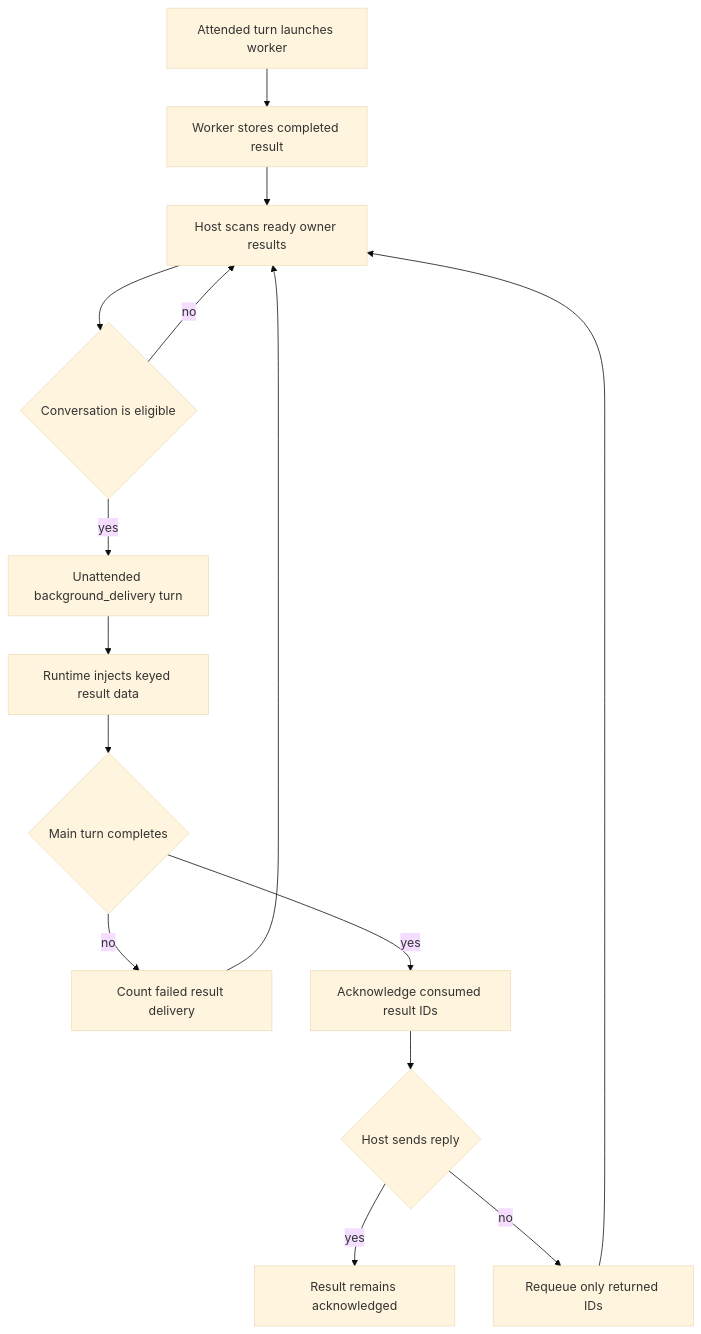
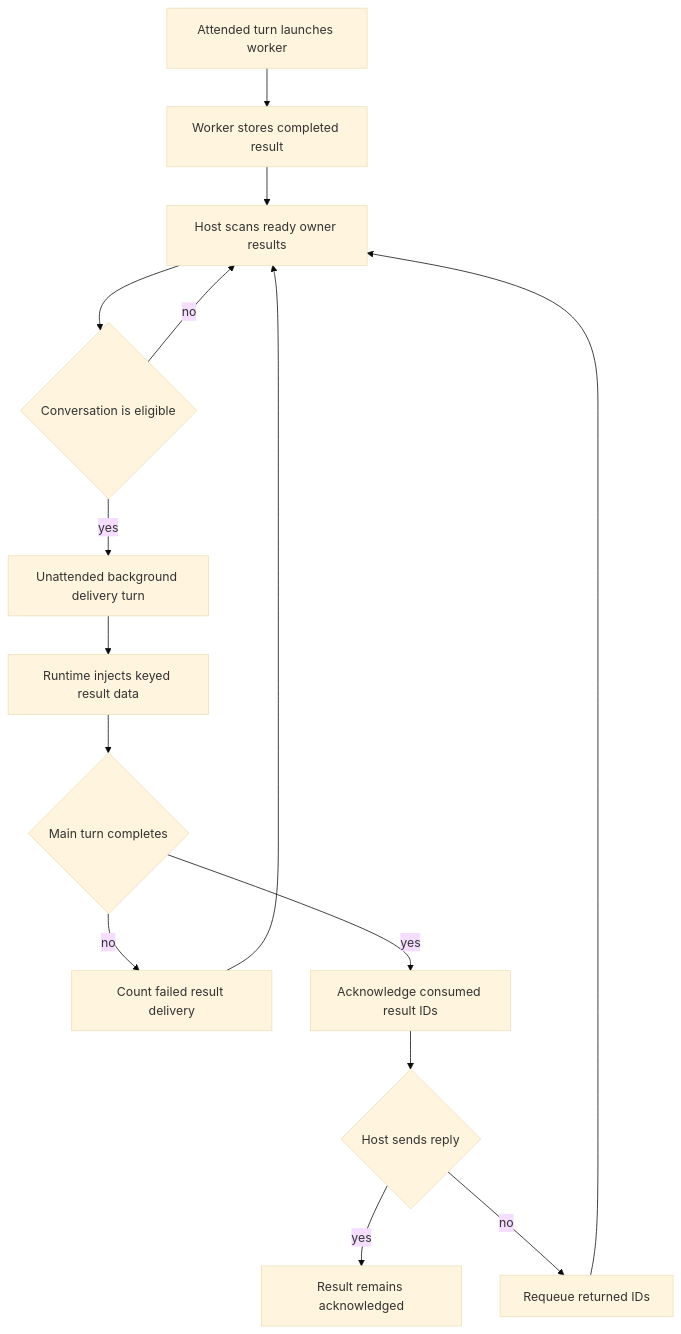
One commit to langchain-ai/deepagents changed the second of 2 diagrams in openwiki/concepts/talon-scheduling.md. Above: the diagram before and after it, drawn with Mermaid (base theme). The commit also changed other lines of this file and 46 other files, not shown here.

````diff
--- a/openwiki/concepts/talon-scheduling.md
+++ b/openwiki/concepts/talon-scheduling.md
@@ -95,17 +95,17 @@
 ```mermaid
 flowchart TD
     Launch["Attended turn launches worker"] --> Pending["Worker stores completed result"]
     Pending --> Scan["Host scans ready owner results"]
     Scan --> Gate{"Conversation is eligible"}
     Gate -->|"no"| Scan
-    Gate -->|"yes"| Followup["Unattended background_delivery turn"]
+    Gate -->|"yes"| Followup["Unattended background delivery turn"]
     Followup --> Inject["Runtime injects keyed result data"]
     Inject --> Completed{"Main turn completes"}
     Completed -->|"no"| Retry["Count failed result delivery"]
     Retry --> Scan
     Completed -->|"yes"| Ack["Acknowledge consumed result IDs"]
     Ack --> Sent{"Host sends reply"}
     Sent -->|"yes"| Final["Result remains acknowledged"]
-    Sent -->|"no"| Requeue["Requeue only returned IDs"]
+    Sent -->|"no"| Requeue["Requeue returned IDs"]
     Requeue --> Scan
 ```
````
